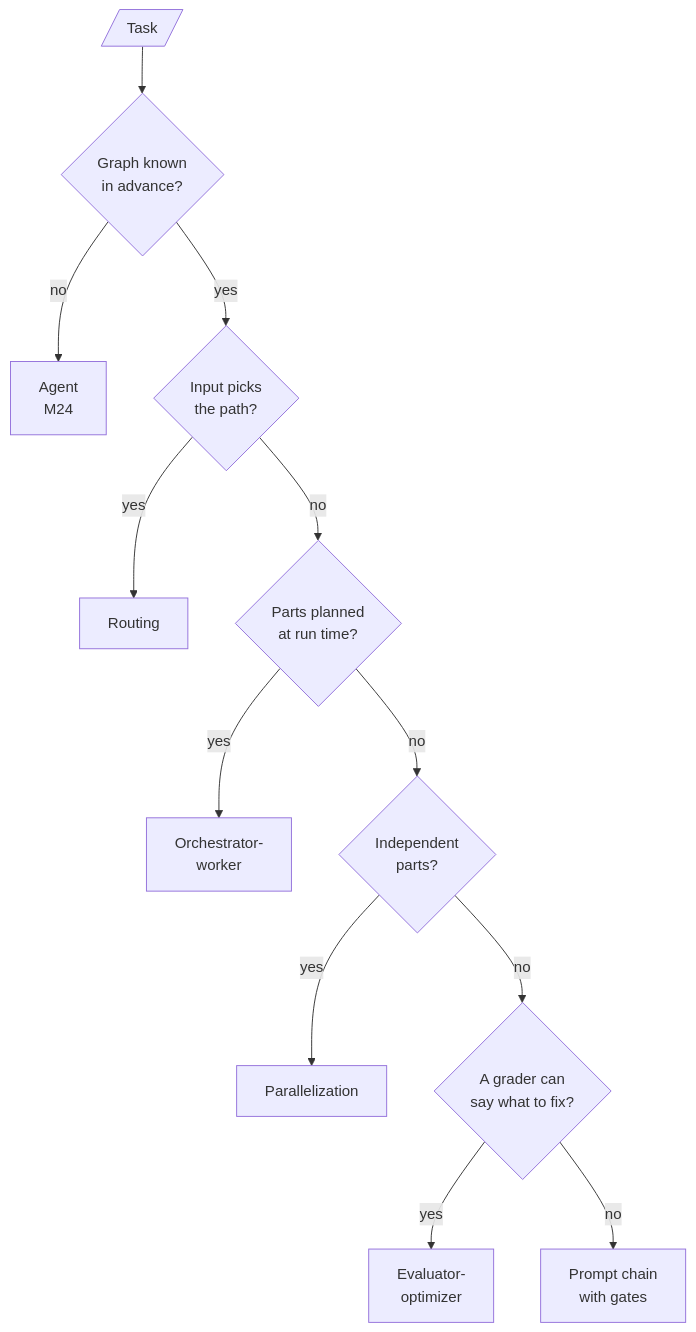
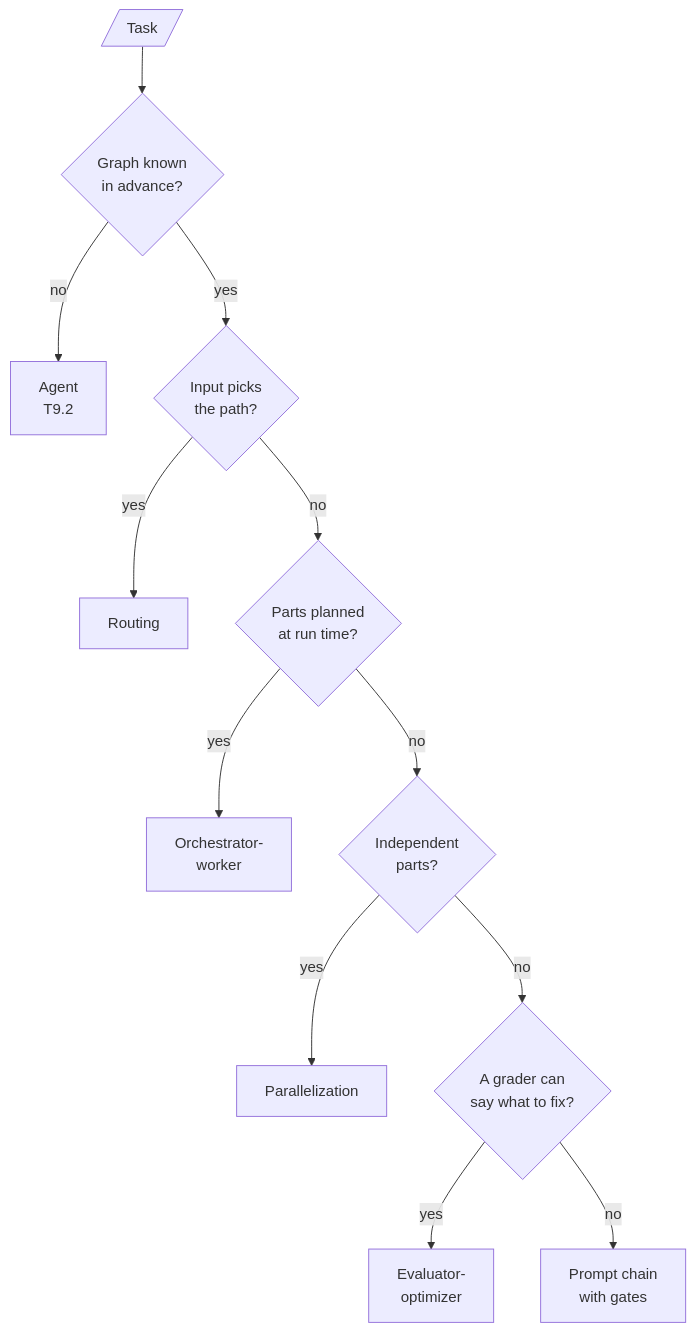
Before and after one commit to Sourav692/Forward-Deployed-Engineer-Interview-Prep: the diagram in site/content/learn/agentic-systems/agentic-workflow-patterns/agentic-workflow-patterns-overview.md, drawn with Mermaid. The commit also changed 119 other files, not shown here.

````diff
--- a/site/content/learn/agentic-systems/agentic-workflow-patterns/agentic-workflow-patterns-overview.md
+++ b/site/content/learn/agentic-systems/agentic-workflow-patterns/agentic-workflow-patterns-overview.md
@@ -18,14 +18,14 @@
 ```mermaid
 flowchart TD
     T[/Task/] --> Q1{"Graph known<br/>in advance?"}
-    Q1 -- no --> AG["Agent<br/>M24"]
+    Q1 -- no --> AG["Agent<br/>T9.2"]
     Q1 -- yes --> Q2{"Input picks<br/>the path?"}
     Q2 -- yes --> RT[Routing]
     Q2 -- no --> Q3{"Parts planned<br/>at run time?"}
     Q3 -- yes --> OW["Orchestrator-<br/>worker"]
     Q3 -- no --> Q4{"Independent<br/>parts?"}
     Q4 -- yes --> PA[Parallelization]
     Q4 -- no --> Q5{"A grader can<br/>say what to fix?"}
     Q5 -- yes --> EO["Evaluator-<br/>optimizer"]
     Q5 -- no --> CH["Prompt chain<br/>with gates"]
 ```
````
